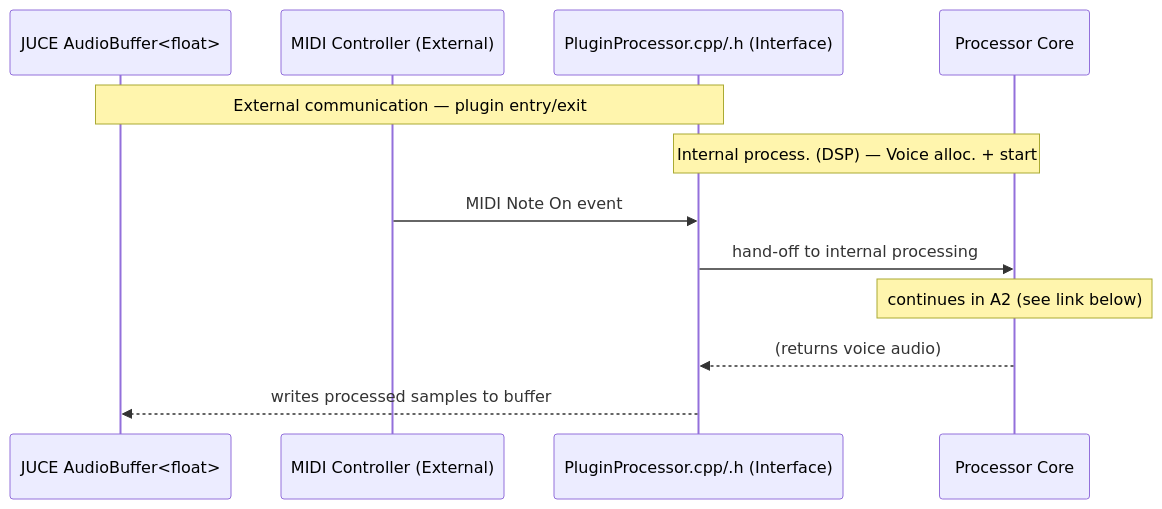
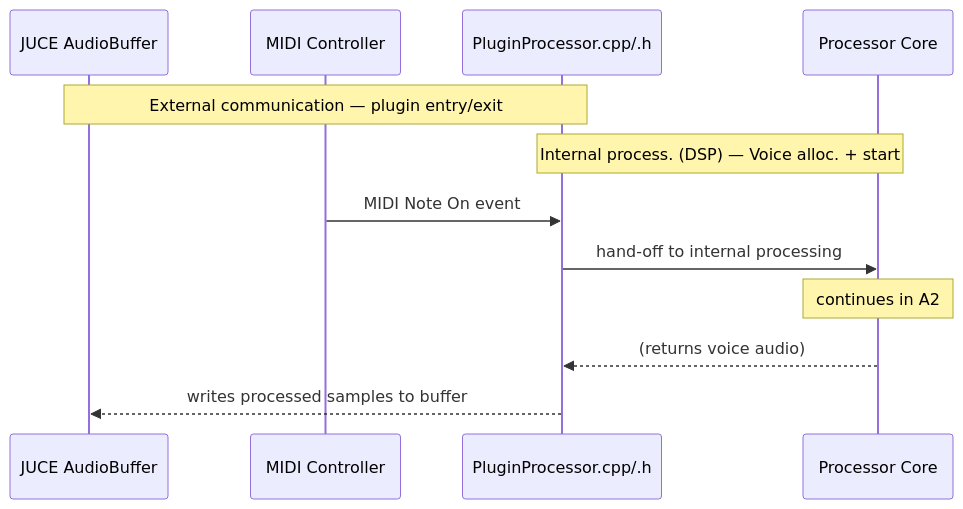
The first of 6 diagrams in docs/architecture.md (TYLERSFOSTER/MIDIControl001), drawn with Mermaid before and after one commit. The commit also changed other lines of this file, not shown here.

Commit message:
architecture.md updated

````diff
--- a/docs/architecture.md
+++ b/docs/architecture.md
@@ -55,15 +55,15 @@
 ```mermaid
 sequenceDiagram
-participant Buffer as JUCE AudioBuffer<float>
-participant MIDI as MIDI Controller (External)
-participant PluginProcessor as PluginProcessor.cpp/.h (Interface)
+participant Buffer as JUCE AudioBuffer
+participant MIDI as MIDI Controller
+participant PluginProcessor as PluginProcessor.cpp/.h
 participant Ref as Processor Core
 
 Note over Buffer,PluginProcessor: External communication — plugin entry/exit
 Note over PluginProcessor,Ref: Internal process. (DSP) — Voice alloc. + start
 MIDI->>PluginProcessor: MIDI Note On event
 PluginProcessor->>Ref: hand-off to internal processing
-Note over Ref: continues in A2 (see link below)
+Note over Ref: continues in A2
 Ref-->>PluginProcessor: (returns voice audio)
 PluginProcessor-->>Buffer: writes processed samples to buffer
 ```
````
